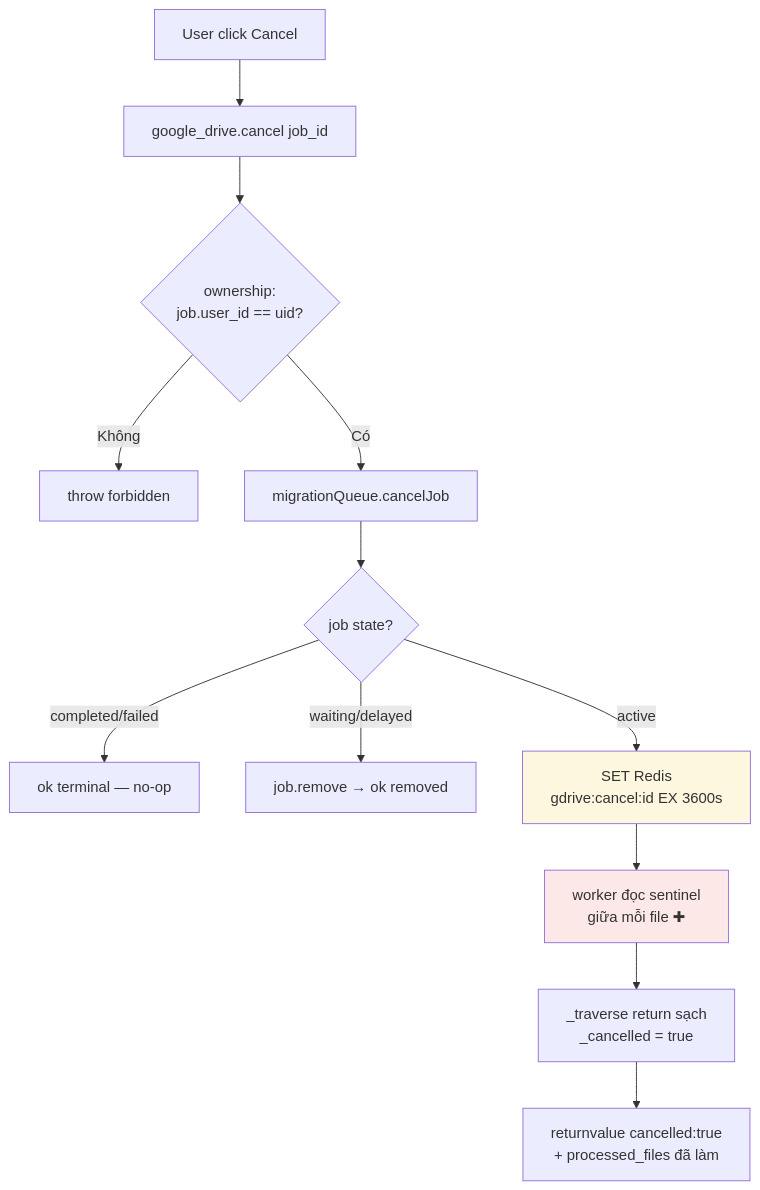
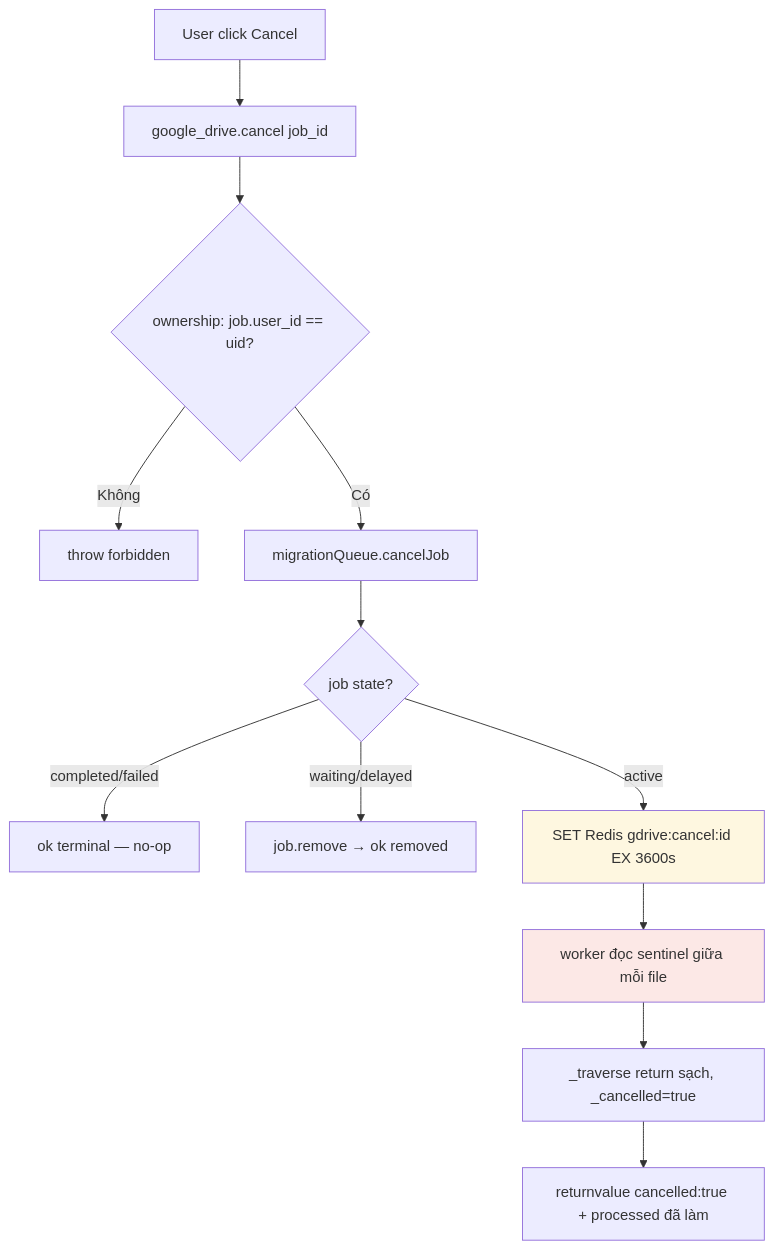
One commit to drumee/ui-team changed the sixth of 7 diagrams in docs/gdrive-migration-workflow.md. Above: the diagram before and after it, drawn with Mermaid. The commit also changed other lines of this file, not shown here.

````diff
--- a/docs/gdrive-migration-workflow.md
+++ b/docs/gdrive-migration-workflow.md
@@ -245,19 +266,19 @@
 ```mermaid
 flowchart TD
     A[User click Cancel] --> B[google_drive.cancel job_id]
-    B --> C{ownership:<br/>job.user_id == uid?}
+    B --> C{ownership: job.user_id == uid?}
     C -->|Không| X[throw forbidden]
     C -->|Có| D[migrationQueue.cancelJob]
     D --> E{job state?}
 
     E -->|completed/failed| F[ok terminal — no-op]
     E -->|waiting/delayed| G[job.remove → ok removed]
-    E -->|active| H[SET Redis<br/>gdrive:cancel:id EX 3600s]
+    E -->|active| H[SET Redis gdrive:cancel:id EX 3600s]
 
-    H --> I[worker đọc sentinel<br/>giữa mỗi file ✚]
-    I --> J[_traverse return sạch<br/>_cancelled = true]
-    J --> K[returnvalue cancelled:true<br/>+ processed_files đã làm]
+    H --> I[worker đọc sentinel giữa mỗi file]
+    I --> J[_traverse return sạch, _cancelled=true]
+    J --> K[returnvalue cancelled:true + processed đã làm]
 
     style I fill:#fce8e6
     style H fill:#fef7e0
 ```
````
